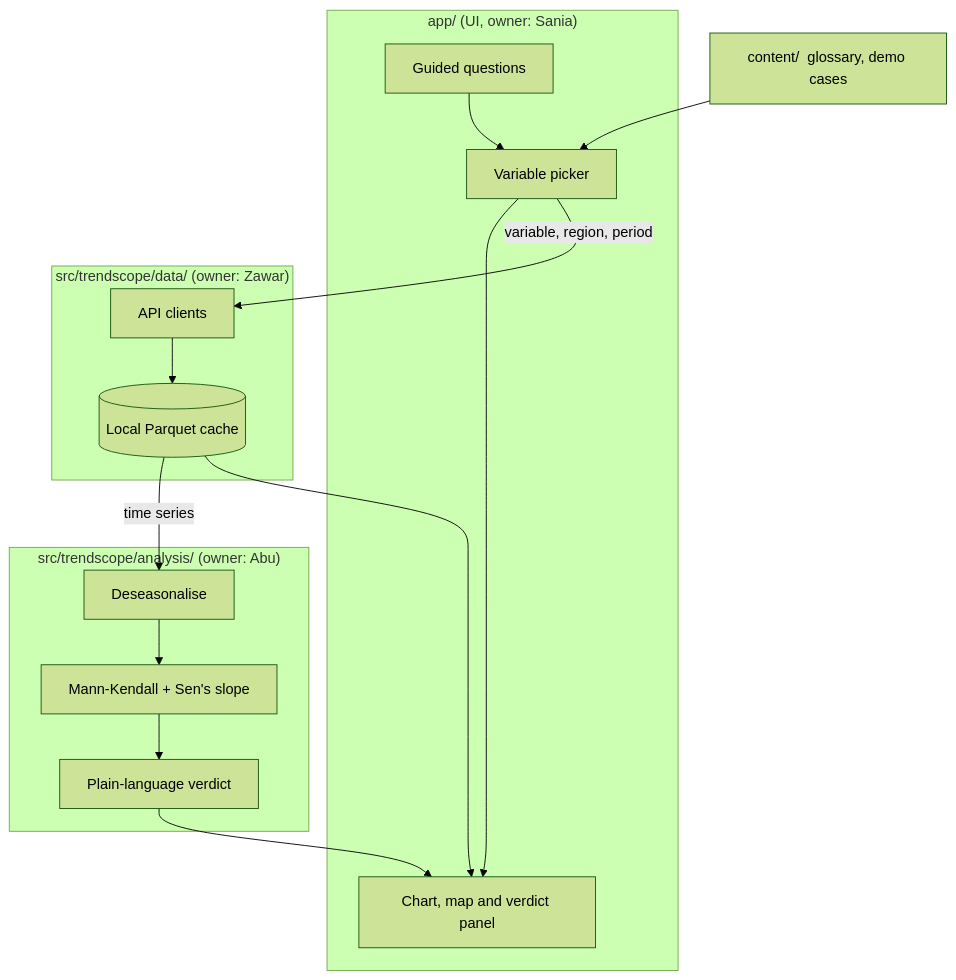
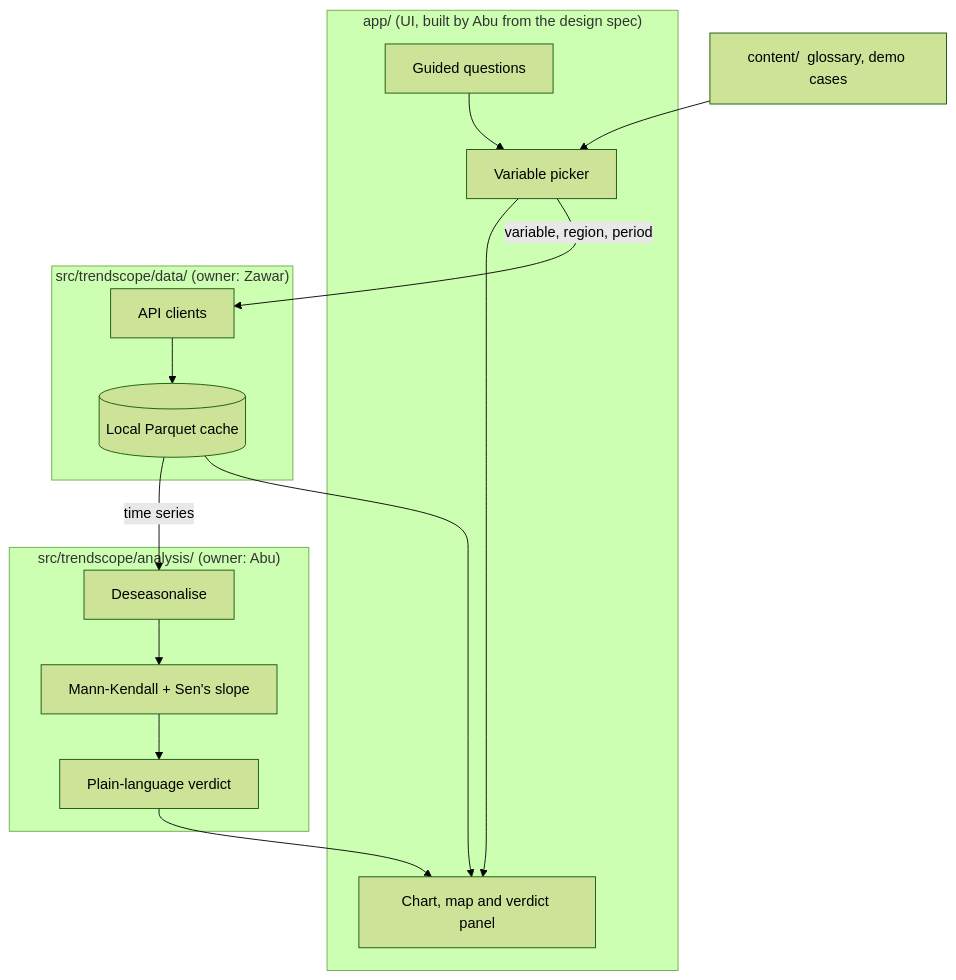
One commit to abuhuraira99/trendscope-nasa-space-apps-2026 changed the diagram in docs/architecture.md. Above: the diagram before and after it, drawn with Mermaid (forest theme). The commit also changed 4 other files, not shown here.

Commit message:
docs: update ownership: app built by team lead, design spec by Sania

````diff
--- a/docs/architecture.md
+++ b/docs/architecture.md
@@ -6,18 +6,18 @@
 ```mermaid
 flowchart TB
-    subgraph app["app/  (UI, owner: Sania)"]
+    subgraph app["app/  (UI, built by Abu from the design spec)"]
         Q[Guided questions] --> P[Variable picker]
         P --> V[Chart, map and verdict panel]
     end
     subgraph data["src/trendscope/data/  (owner: Zawar)"]
         F[API clients] --> K[(Local Parquet cache)]
     end
     subgraph analysis["src/trendscope/analysis/  (owner: Abu)"]
         S[Deseasonalise] --> M[Mann-Kendall + Sen's slope] --> R[Plain-language verdict]
     end
     G[content/  glossary, demo cases] --> P
     P -- variable, region, period --> F
     K -- time series --> S
     R --> V
     K --> V
 ```
````
